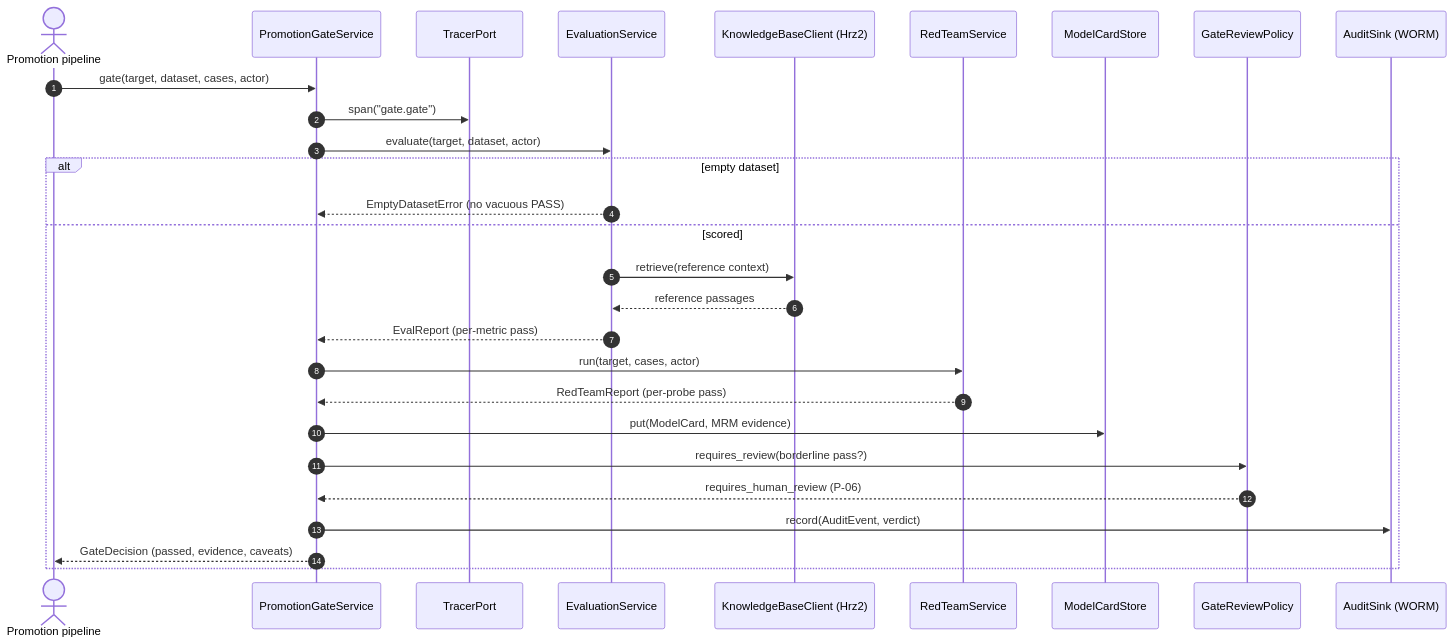
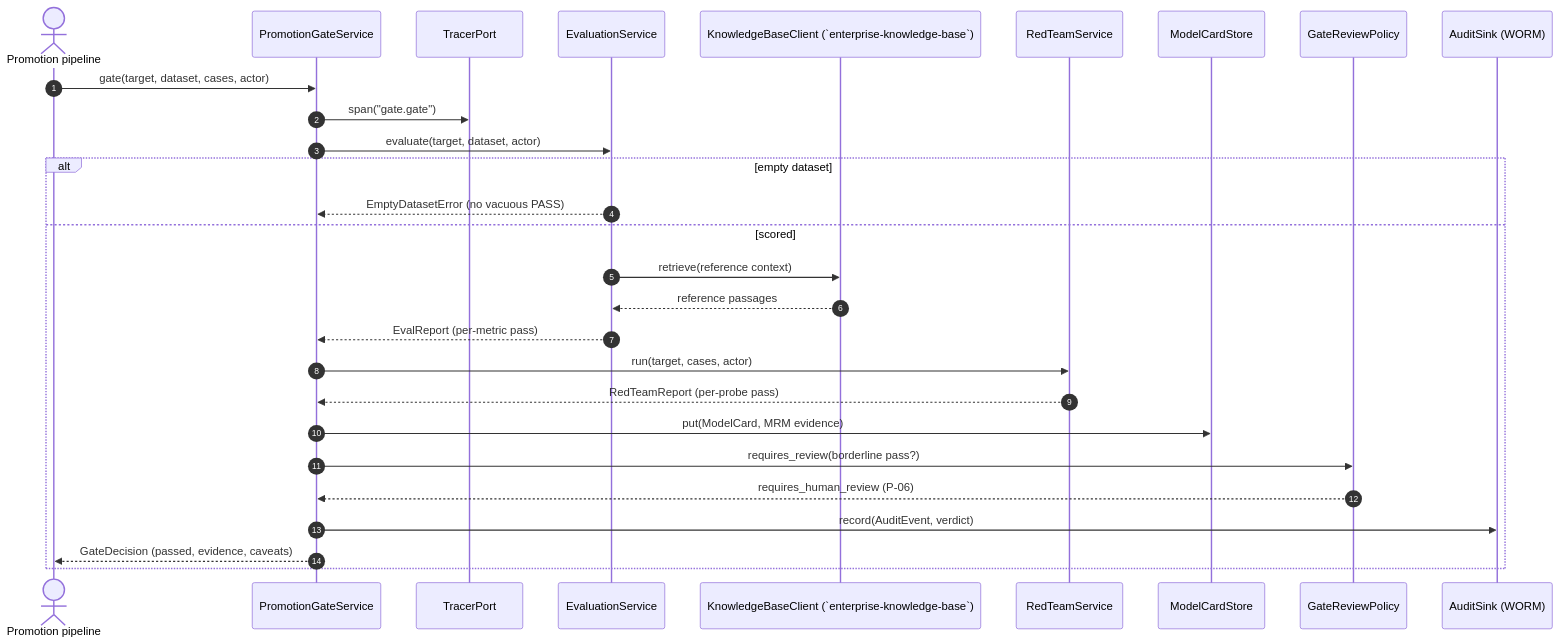
Before and after one commit to portable-genai/model-quality-gate: the third of 5 diagrams in ARCHITECTURE.md, drawn with Mermaid. The commit also changed other lines of this file and 28 other files, not shown here.

````diff
--- a/ARCHITECTURE.md
+++ b/ARCHITECTURE.md
@@ -124,31 +124,31 @@
 ```mermaid
 sequenceDiagram
     autonumber
     actor Caller as Promotion pipeline
     participant Gate as PromotionGateService
     participant Tr as TracerPort
     participant Eval as EvaluationService
-    participant KB as KnowledgeBaseClient (Hrz2)
+    participant KB as KnowledgeBaseClient (`enterprise-knowledge-base`)
     participant Red as RedTeamService
     participant Card as ModelCardStore
     participant Pol as GateReviewPolicy
     participant Aud as AuditSink (WORM)
 
     Caller->>Gate: gate(target, dataset, cases, actor)
     Gate->>Tr: span("gate.gate")
     Gate->>Eval: evaluate(target, dataset, actor)
     alt empty dataset
         Eval-->>Gate: EmptyDatasetError (no vacuous PASS)
     else scored
         Eval->>KB: retrieve(reference context)
         KB-->>Eval: reference passages
         Eval-->>Gate: EvalReport (per-metric pass)
         Gate->>Red: run(target, cases, actor)
         Red-->>Gate: RedTeamReport (per-probe pass)
         Gate->>Card: put(ModelCard, MRM evidence)
         Gate->>Pol: requires_review(borderline pass?)
         Pol-->>Gate: requires_human_review (P-06)
         Gate->>Aud: record(AuditEvent, verdict)
         Gate-->>Caller: GateDecision (passed, evidence, caveats)
     end
 ```
````
